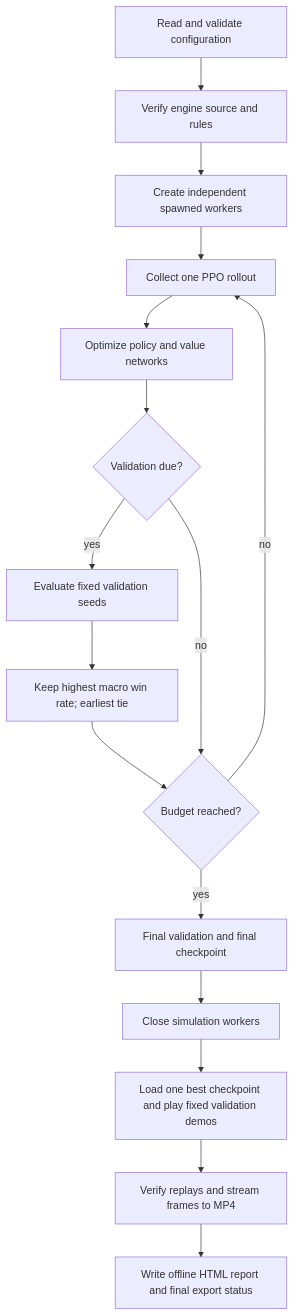
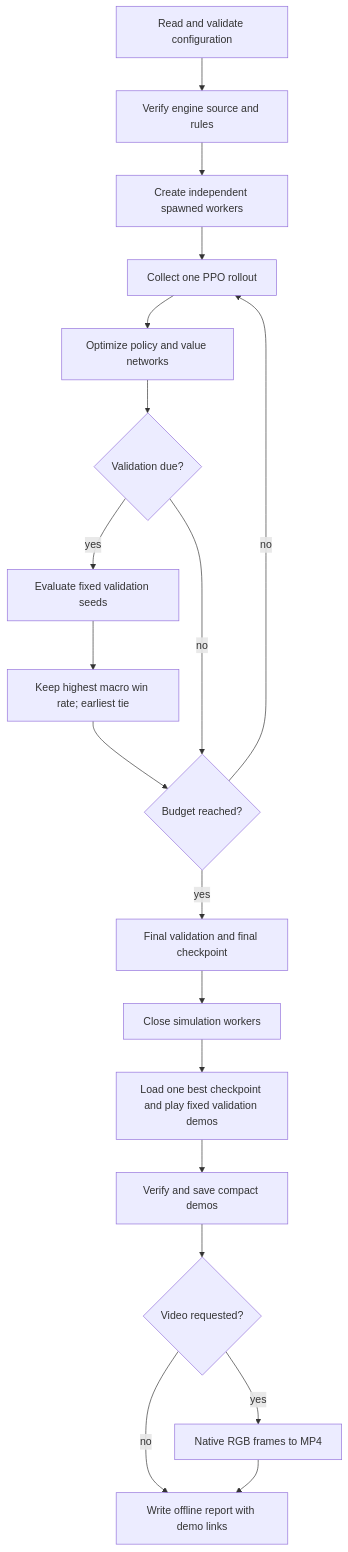
The third of 6 diagrams in docs/architecture.md (Comb1e/RL-Pvz), drawn with Mermaid before and after one commit. The commit also changed other lines of this file and 24 other files, not shown here.

Commit message:
feat(engine): adapt research pipeline to PVZ 1.2.0 native demos

````diff
--- a/docs/architecture.md
+++ b/docs/architecture.md
@@ -77,18 +83,21 @@
 ```mermaid
 flowchart TD
     Start[Read and validate configuration] --> Verify[Verify engine source and rules]
     Verify --> Workers[Create independent spawned workers]
     Workers --> Collect[Collect one PPO rollout]
     Collect --> Update[Optimize policy and value networks]
     Update --> Due{Validation due?}
     Due -->|yes| Eval[Evaluate fixed validation seeds]
     Eval --> Best[Keep highest macro win rate; earliest tie]
     Best --> Budget{Budget reached?}
     Due -->|no| Budget
     Budget -->|no| Collect
     Budget -->|yes| Final[Final validation and final checkpoint]
     Final --> Close[Close simulation workers]
     Close --> Demo[Load one best checkpoint and play fixed validation demos]
-    Demo --> Export[Verify replays and stream frames to MP4]
-    Export --> Report[Write offline HTML report and final export status]
+    Demo --> VerifyDemo[Verify and save compact demos]
+    VerifyDemo --> Requested{Video requested?}
+    Requested -->|yes| Export[Native RGB frames to MP4]
+    Requested -->|no| Report[Write offline report with demo links]
+    Export --> Report
 ```
````
